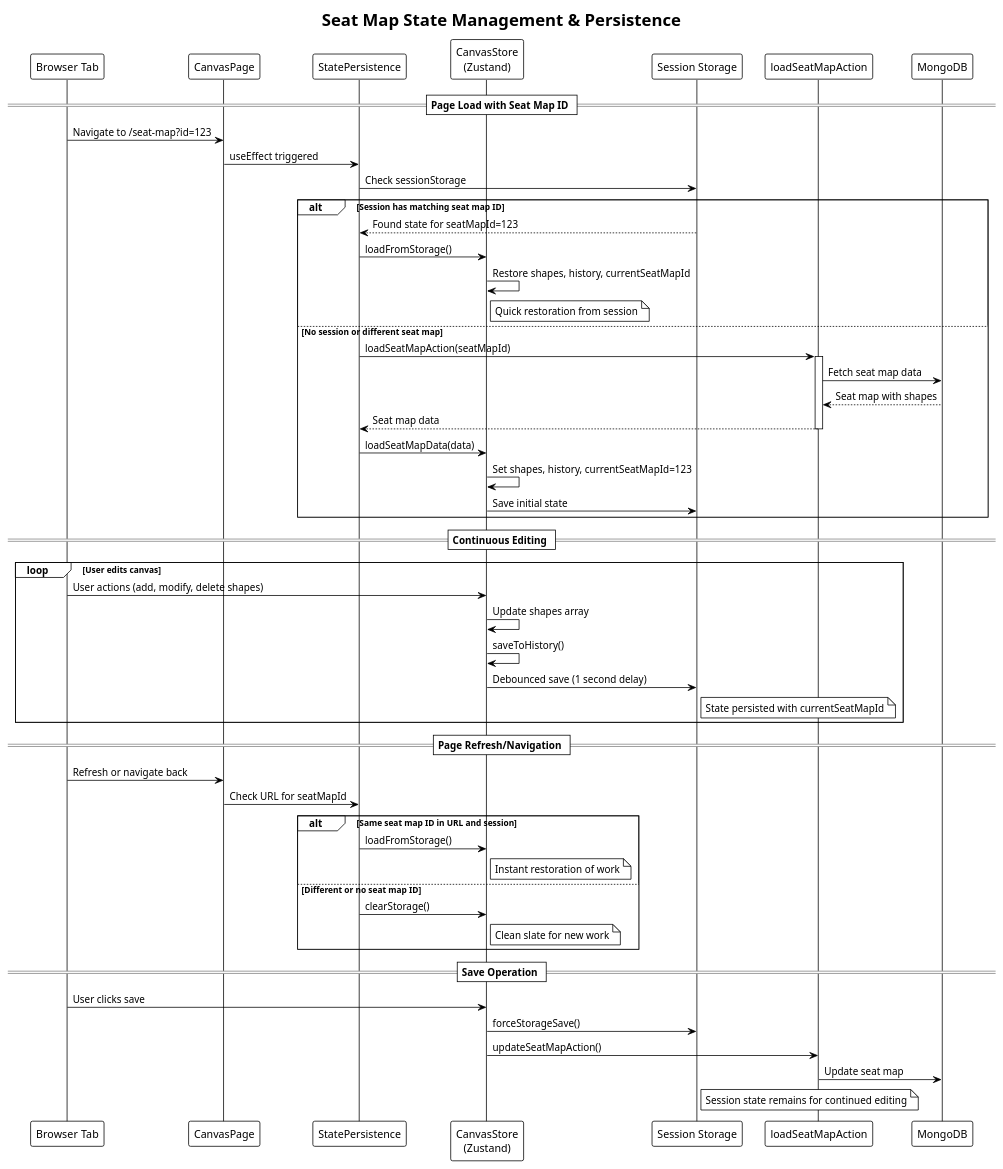
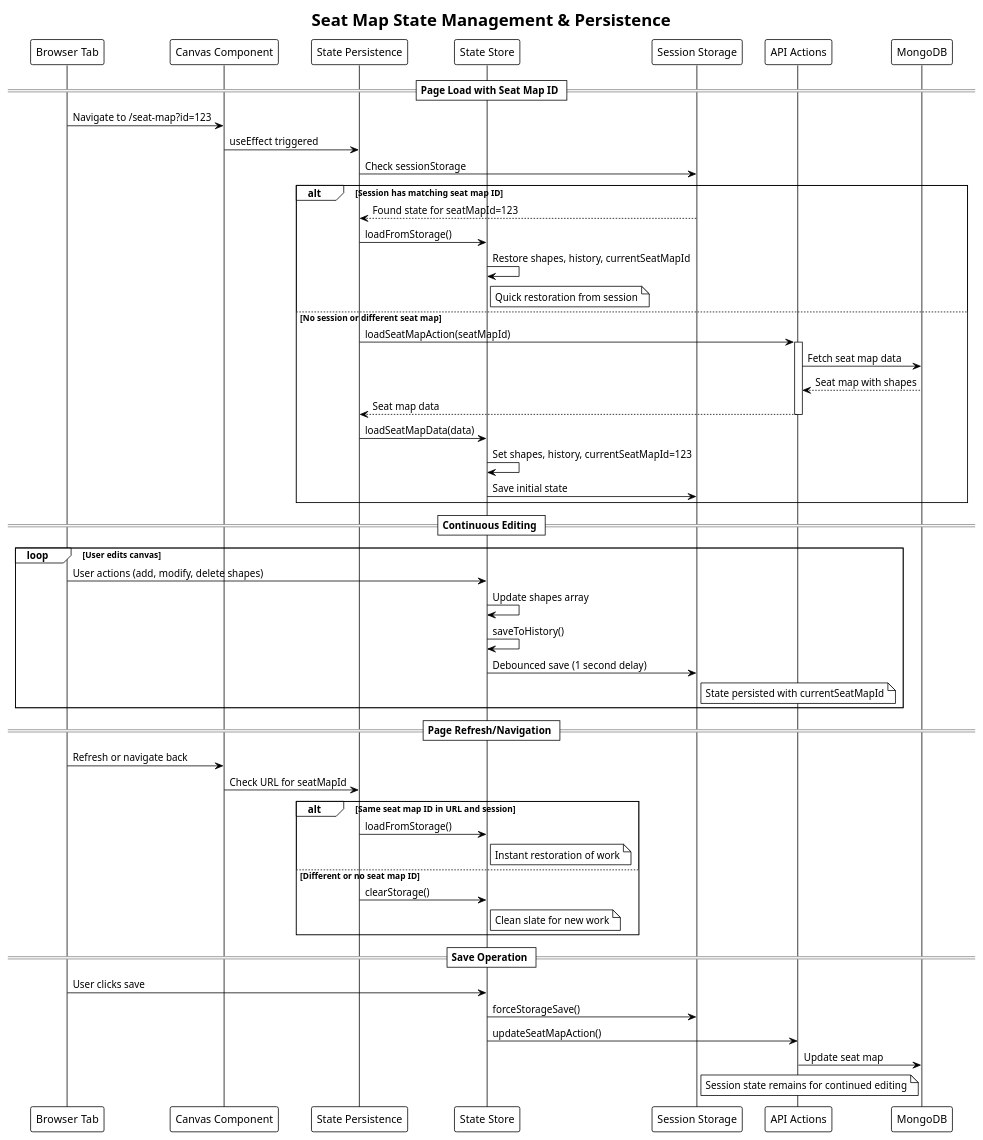
One commit to VieTicket/vieticket-monorepo changed the fourth of 5 diagrams in puml/seat-map.puml. Above: the diagram before and after it, drawn with PlantUML. The commit also changed other lines of this file and 4 other files, not shown here.

Commit message:
[OPS-28] seq diagram for seatmap

```diff
--- a/puml/seat-map.puml
+++ b/puml/seat-map.puml
@@ -224,63 +222,63 @@
 @startuml seat-map-state-management
 !theme plain
 title Seat Map State Management & Persistence
 
 participant "Browser Tab" as Browser
-participant "CanvasPage" as Page
-participant "StatePersistence" as Persistence
-participant "CanvasStore\n(Zustand)" as Store
+participant "Canvas Component" as Canvas
+participant "State Persistence" as Persistence
+participant "State Store" as Store
 participant "Session Storage" as Session
-participant "loadSeatMapAction" as LoadAction
+participant "API Actions" as Actions
 participant "MongoDB" as MongoDB
 
 == Page Load with Seat Map ID ==
-Browser -> Page: Navigate to /seat-map?id=123
-Page -> Persistence: useEffect triggered
+Browser -> Canvas: Navigate to /seat-map?id=123
+Canvas -> Persistence: useEffect triggered
 Persistence -> Session: Check sessionStorage
 
 alt Session has matching seat map ID
     Session --> Persistence: Found state for seatMapId=123
     Persistence -> Store: loadFromStorage()
     Store -> Store: Restore shapes, history, currentSeatMapId
     Note right of Store: Quick restoration from session
 else No session or different seat map
-    Persistence -> LoadAction: loadSeatMapAction(seatMapId)
-    activate LoadAction
-    LoadAction -> MongoDB: Fetch seat map data
-    MongoDB --> LoadAction: Seat map with shapes
-    LoadAction --> Persistence: Seat map data
-    deactivate LoadAction
+    Persistence -> Actions: loadSeatMapAction(seatMapId)
+    activate Actions
+    Actions -> MongoDB: Fetch seat map data
+    MongoDB --> Actions: Seat map with shapes
+    Actions --> Persistence: Seat map data
+    deactivate Actions
     
     Persistence -> Store: loadSeatMapData(data)
     Store -> Store: Set shapes, history, currentSeatMapId=123
     Store -> Session: Save initial state
 end
 
 == Continuous Editing ==
 loop User edits canvas
     Browser -> Store: User actions (add, modify, delete shapes)
     Store -> Store: Update shapes array
     Store -> Store: saveToHistory()
     Store -> Session: Debounced save (1 second delay)
     Note right of Session: State persisted with currentSeatMapId
 end
 
 == Page Refresh/Navigation ==
-Browser -> Page: Refresh or navigate back
-Page -> Persistence: Check URL for seatMapId
+Browser -> Canvas: Refresh or navigate back
+Canvas -> Persistence: Check URL for seatMapId
 alt Same seat map ID in URL and session
     Persistence -> Store: loadFromStorage()
     Note right of Store: Instant restoration of work
 else Different or no seat map ID
     Persistence -> Store: clearStorage()
     Note right of Store: Clean slate for new work
 end
 
 == Save Operation ==
 Browser -> Store: User clicks save
 Store -> Session: forceStorageSave()
-Store -> LoadAction: updateSeatMapAction()
-LoadAction -> MongoDB: Update seat map
+Store -> Actions: updateSeatMapAction()
+Actions -> MongoDB: Update seat map
 Note right of Session: Session state remains for continued editing
 
 @enduml
```
